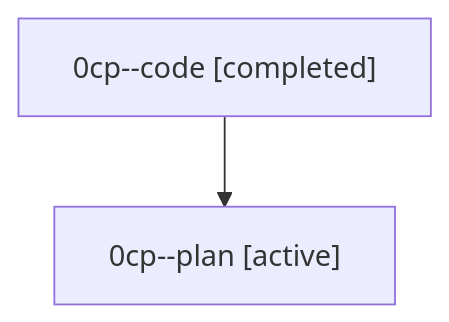
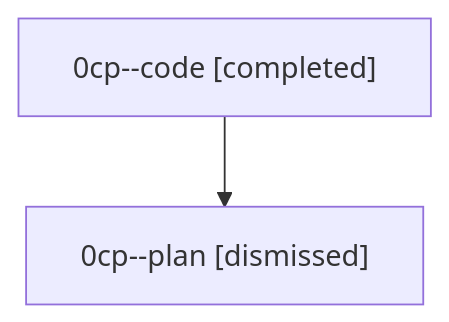
The diagram in sessions/bbugyi200.athena.0cp.md (sase-org/sase--agents), drawn with Mermaid before and after one commit. The commit also changed other lines of this file and 28 other files, not shown here.

````diff
--- a/sessions/bbugyi200.athena.0cp.md
+++ b/sessions/bbugyi200.athena.0cp.md
@@ -9,6 +9,6 @@
 ```mermaid
 flowchart TD
   n0["0cp--code [completed]"]
-  n1["0cp--plan [active]"]
+  n1["0cp--plan [dismissed]"]
   n0 --> n1
 ```
````
